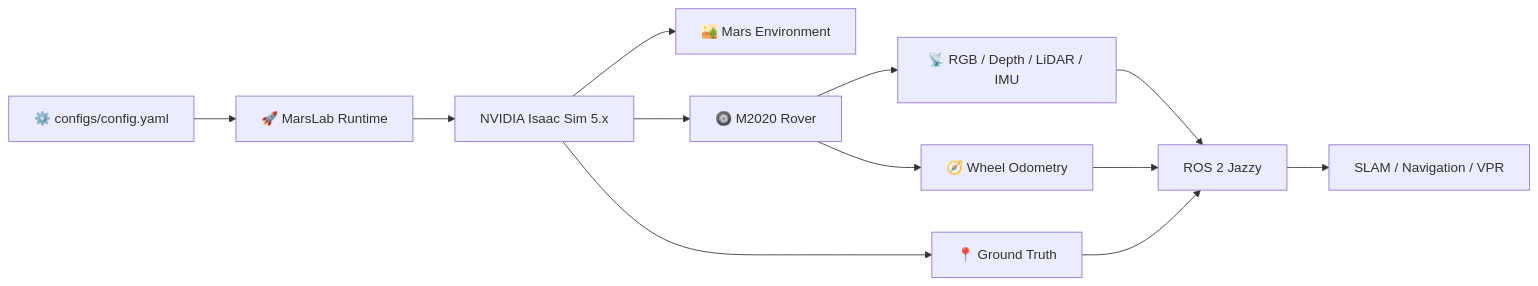
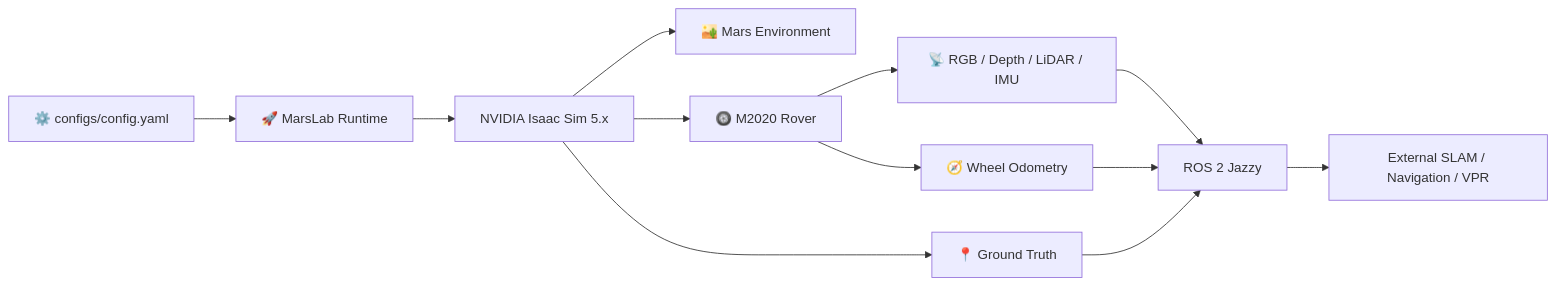
The first of 2 diagrams in README.md (kimhoyun-robotair/MarsLab), drawn with Mermaid before and after one commit. The commit also changed other lines of this file and 75 other files, not shown here.

````diff
--- a/README.md
+++ b/README.md
@@ -58,17 +64,17 @@
 ```mermaid
 flowchart LR
     CFG["⚙️ configs/config.yaml"] --> CORE["🚀 MarsLab Runtime"]
     CORE --> ISAAC["NVIDIA Isaac Sim 5.x"]
 
     ISAAC --> ENV["🏜️ Mars Environment"]
     ISAAC --> ROVER["🛞 M2020 Rover"]
 
     ROVER --> SENSOR["📡 RGB / Depth / LiDAR / IMU"]
     ROVER --> ODOM["🧭 Wheel Odometry"]
     ISAAC --> GT["📍 Ground Truth"]
 
     SENSOR --> ROS["ROS 2 Jazzy"]
     ODOM --> ROS
     GT --> ROS
-    ROS --> AUTONOMY["SLAM / Navigation / VPR"]
+    ROS --> AUTONOMY["External SLAM / Navigation / VPR"]
 ```
````
